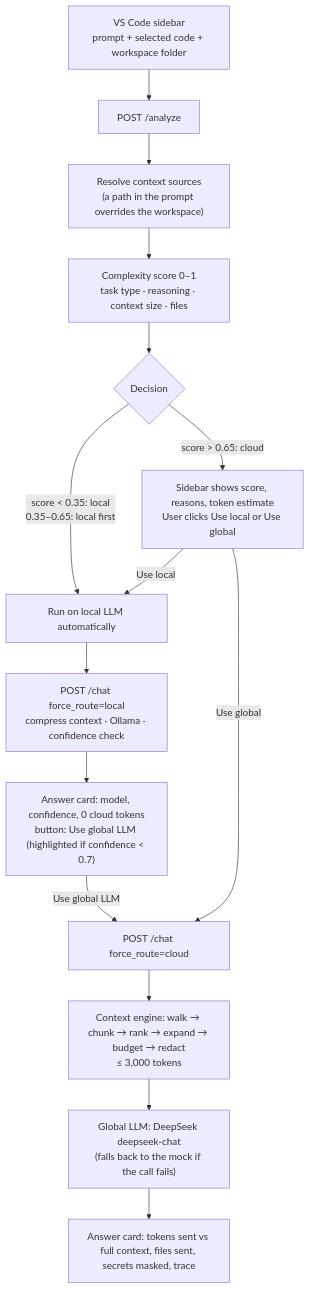
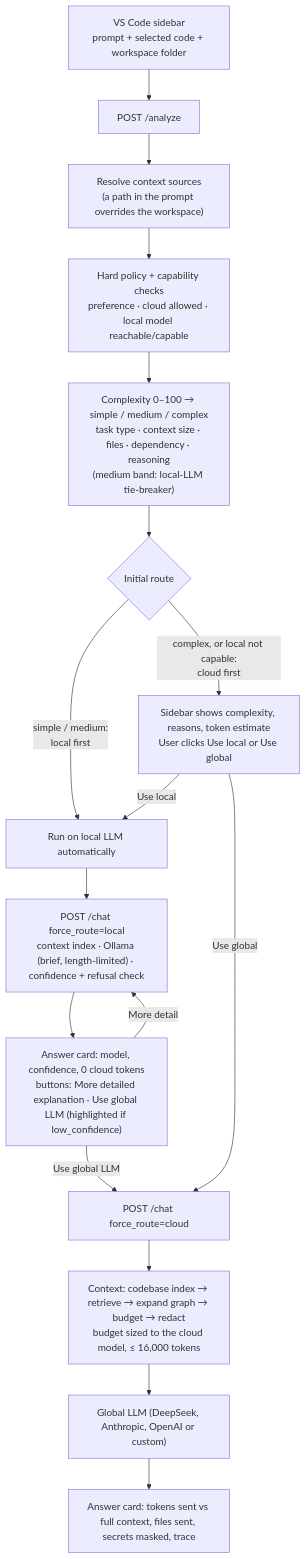
The diagram in README.md (tokenguard-labs/tokenguard), drawn with Mermaid before and after one commit. The commit also changed other lines of this file and 10 other files, not shown here.

````diff
--- a/README.md
+++ b/README.md
@@ -25,17 +25,19 @@
 ```mermaid
 flowchart TD
     A["VS Code sidebar<br/>prompt + selected code + workspace folder"] --> B["POST /analyze"]
     B --> R["Resolve context sources<br/>(a path in the prompt overrides the workspace)"]
-    R --> S["Complexity score 0–1<br/>task type · reasoning · context size · files"]
-    S --> D{Decision}
-    D -- "score < 0.35: local<br/>0.35–0.65: local first" --> L["Run on local LLM automatically"]
-    D -- "score > 0.65: cloud" --> C["Sidebar shows score, reasons, token estimate<br/>User clicks Use local or Use global"]
+    R --> P["Hard policy + capability checks<br/>preference · cloud allowed · local model reachable/capable"]
+    P --> S["Complexity 0–100 → simple / medium / complex<br/>task type · context size · files · dependency · reasoning<br/>(medium band: local-LLM tie-breaker)"]
+    S --> D{Initial route}
+    D -- "simple / medium:<br/>local first" --> L["Run on local LLM automatically"]
+    D -- "complex, or local not capable:<br/>cloud first" --> C["Sidebar shows complexity, reasons, token estimate<br/>User clicks Use local or Use global"]
     C -- "Use local" --> L
     C -- "Use global" --> G
-    L --> LC["POST /chat force_route=local<br/>compress context · Ollama · confidence check"]
-    LC --> LA["Answer card: model, confidence, 0 cloud tokens<br/>button: Use global LLM (highlighted if confidence < 0.7)"]
+    L --> LC["POST /chat force_route=local<br/>context index · Ollama (brief, length-limited) · confidence + refusal check"]
+    LC --> LA["Answer card: model, confidence, 0 cloud tokens<br/>buttons: More detailed explanation · Use global LLM (highlighted if low_confidence)"]
+    LA -- "More detail" --> LC
     LA -- "Use global LLM" --> G["POST /chat force_route=cloud"]
-    G --> CE["Context engine: walk → chunk → rank → expand → budget → redact<br/>≤ 3,000 tokens"]
-    CE --> CL["Global LLM: DeepSeek deepseek-chat<br/>(falls back to the mock if the call fails)"]
+    G --> CE["Context: codebase index → retrieve → expand graph → budget → redact<br/>budget sized to the cloud model, ≤ 16,000 tokens"]
+    CE --> CL["Global LLM (DeepSeek, Anthropic, OpenAI or custom)"]
     CL --> GA["Answer card: tokens sent vs full context, files sent, secrets masked, trace"]
 ```
````
